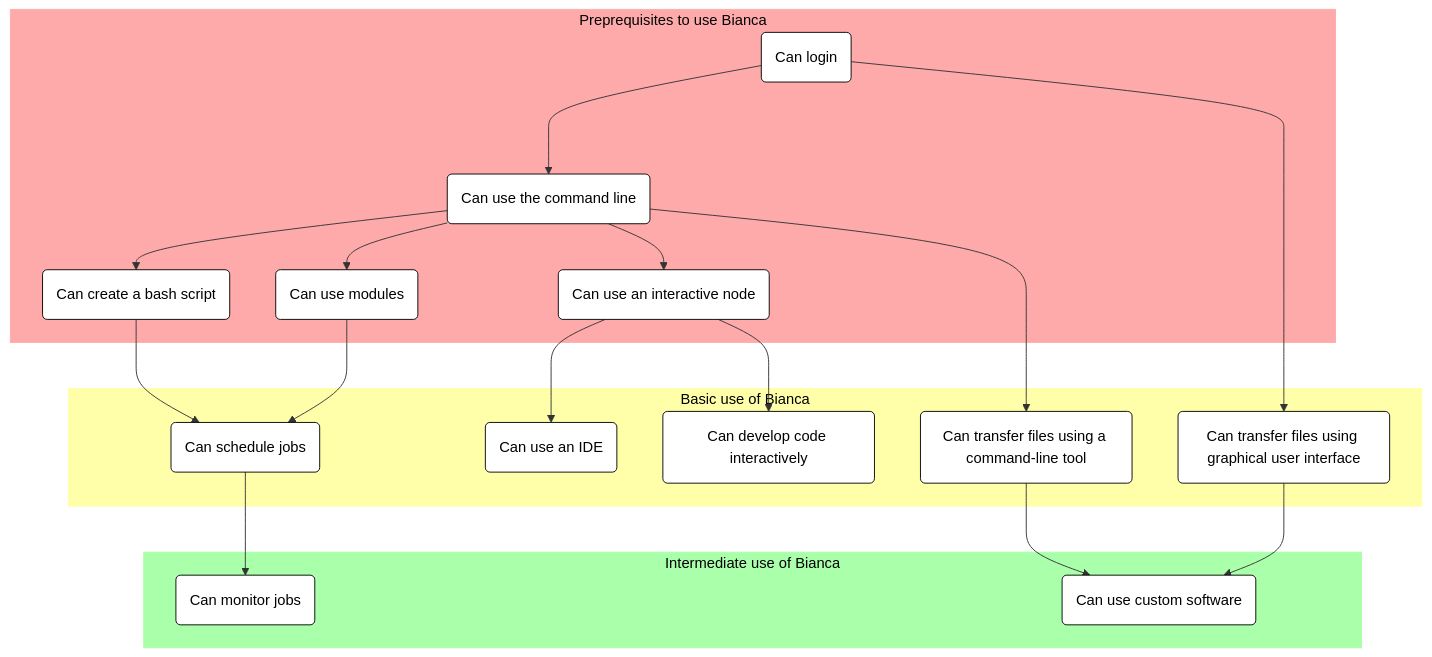
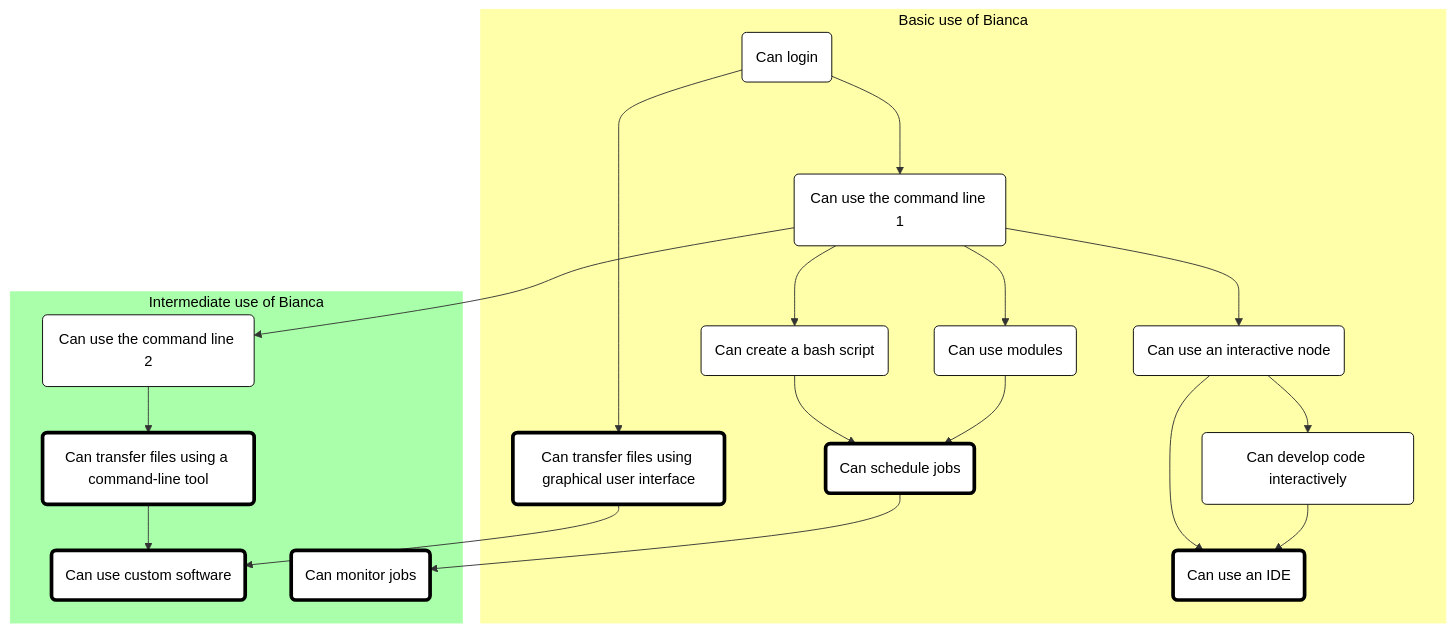
Before and after one commit to UPPMAX/bianca_workshop: the diagram in docs/intro.md, drawn with Mermaid.

Commit message:
Add course overview

````diff
--- a/docs/intro.md
+++ b/docs/intro.md
@@ -44,44 +44,46 @@
 ```mermaid
+%% Direction is top->down
 flowchart TD
 
     %% Give a white background, instead of a transparent one
     classDef node fill:#fff,color:#000,stroke:#000
-
-    subgraph sub_prerequisites["Preprequisites to use Bianca"]
+    classDef focus_node fill:#fff,color:#000,stroke:#000,stroke-width:4px
+    
+    subgraph sub_basic_use["Basic use of Bianca"]
       can_login(Can login)
-      can_use_command_line(Can use the command line)
+      can_use_command_line_1(Can use the command line 1)
       can_create_bash_script(Can create a bash script)
       can_use_modules(Can use modules)
       can_use_interactive_node(Can use an interactive node)
-    end
-    style sub_prerequisites fill:#faa,color:#000,stroke:#faa
-
-    subgraph sub_basic_use["Basic use of Bianca"]
       can_develop_code_interactively(Can develop code interactively)
-      can_tranfer_files_using_gui(Can transfer files using graphical user interface)
-      can_tranfer_files_using_cli(Can transfer files using a command-line tool)
-      can_schedule_jobs(Can schedule jobs)
-      can_use_ide(Can use an IDE)
+      can_tranfer_files_using_gui(Can transfer files using graphical user interface):::focus_node
+      can_schedule_jobs(Can schedule jobs):::focus_node
+      can_use_ide(Can use an IDE):::focus_node
     end
     style sub_basic_use fill:#ffa,color:#000,stroke:#ffa
 
+
     subgraph sub_intermediate_use["Intermediate use of Bianca"]
-      can_use_custom_software(Can use custom software)
-      can_monitor_jobs(Can monitor jobs)
+      can_use_command_line_2(Can use the command line 2)
+      can_tranfer_files_using_cli(Can transfer files using a command-line tool):::focus_node
+      can_use_custom_software(Can use custom software):::focus_node
+      can_monitor_jobs(Can monitor jobs):::focus_node
     end
     style sub_intermediate_use fill:#afa,color:#000,stroke:#afa
 
-    can_login ---> can_use_command_line
+    can_login ---> can_use_command_line_1
     can_login ---> can_tranfer_files_using_gui
-    can_use_command_line --> can_create_bash_script
-    can_use_command_line --> can_use_modules
-    can_use_command_line --> can_use_interactive_node
-    can_use_command_line --> can_tranfer_files_using_cli
+    can_use_command_line_1 --> can_use_modules
+    can_use_command_line_1 --> can_use_interactive_node
+    can_use_command_line_1 --> can_use_command_line_2
+    can_use_command_line_1 --> can_create_bash_script
+    can_develop_code_interactively --> can_use_ide
+    can_use_command_line_2 --> can_tranfer_files_using_cli
     can_use_modules --> can_schedule_jobs
     can_create_bash_script --> can_schedule_jobs
     can_schedule_jobs --> can_monitor_jobs
     can_use_interactive_node --> can_use_ide
     can_use_interactive_node --> can_develop_code_interactively
     can_tranfer_files_using_cli --> can_use_custom_software
     can_tranfer_files_using_gui --> can_use_custom_software
 ```
````
